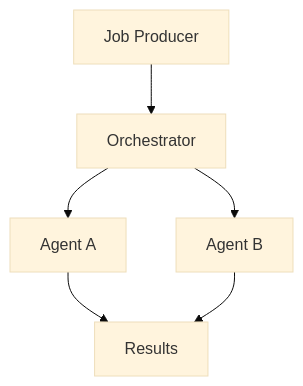
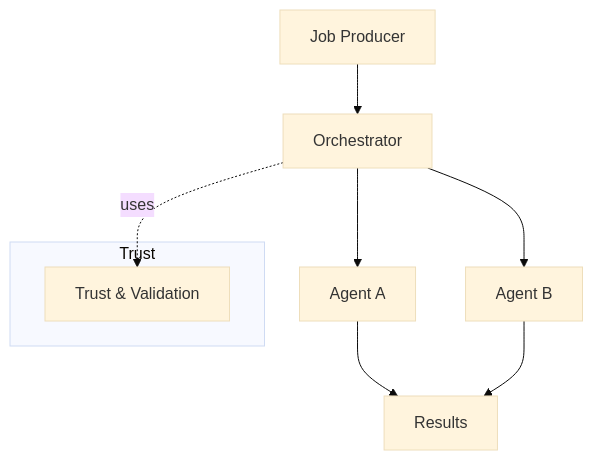
The diagram in architecture.md (Free-LLM/free-llm.github.io), drawn with Mermaid (base theme) before and after one commit. The commit also changed other lines of this file and 9 other files, not shown here.

````diff
--- a/architecture.md
+++ b/architecture.md
@@ -46,8 +52,12 @@
 ```mermaid
 flowchart TD
   JP[Job Producer] --> OR[Orchestrator]
   OR --> A[Agent A]
   OR --> B[Agent B]
   A --> R[Results]
   B --> R
+  subgraph Trust
+    T[Trust & Validation]
+  end
+  OR -. uses .-> T
 ```
````
